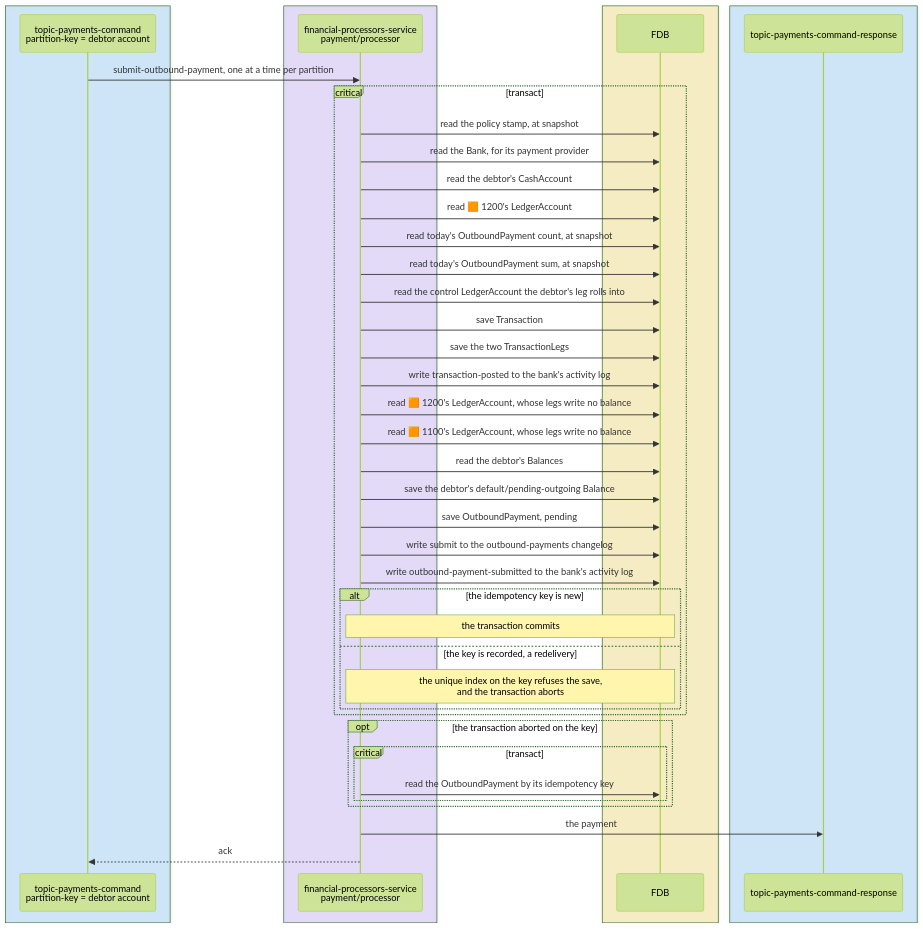
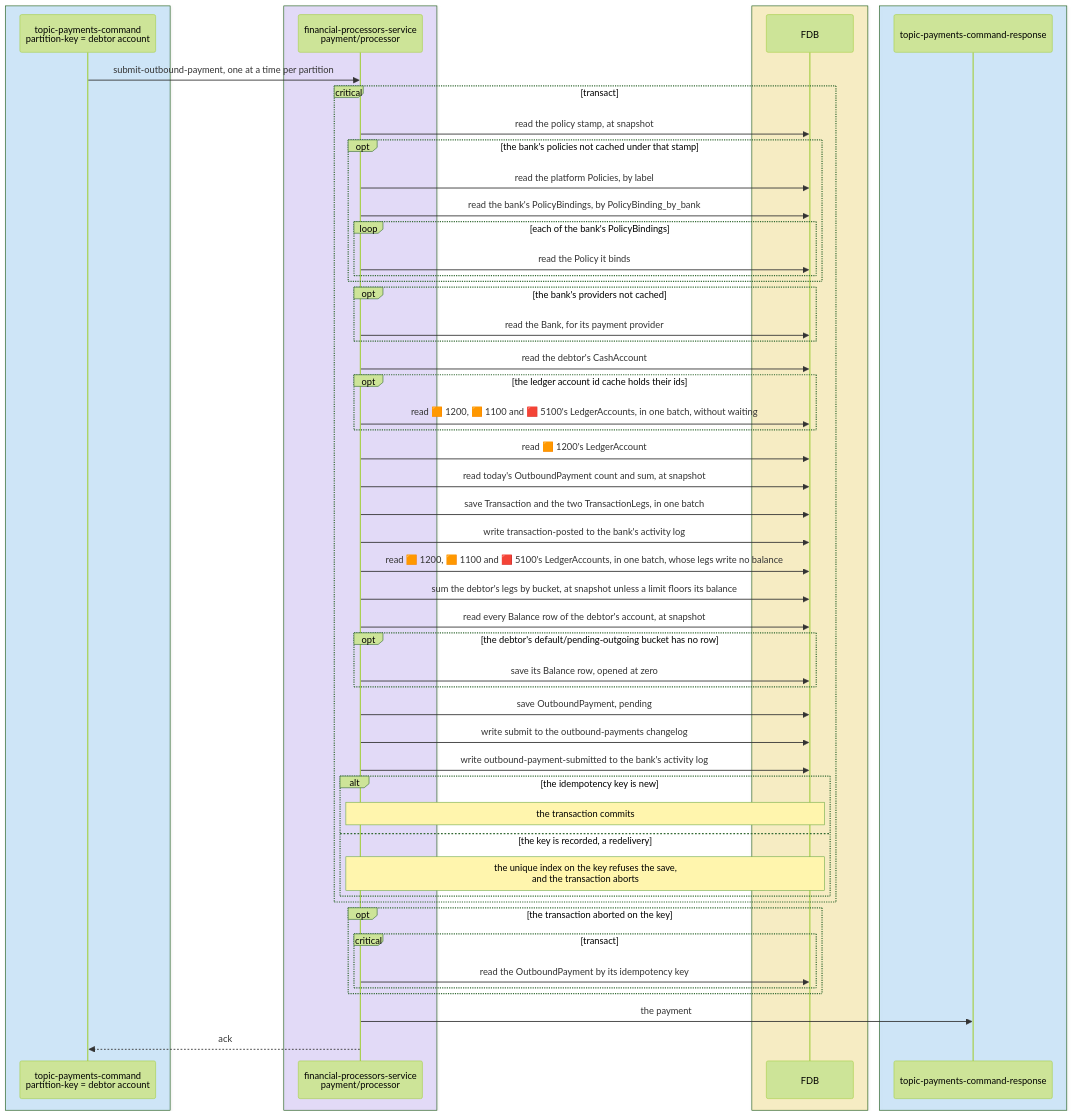
The third of 15 diagrams in docs/tdd/payments-outbound.md (repldriven/queenswood), drawn with Mermaid (forest theme) before and after one commit. The commit also changed other lines of this file and 29 other files, not shown here.

````diff
--- a/docs/tdd/payments-outbound.md
+++ b/docs/tdd/payments-outbound.md
@@ -154,47 +154,58 @@
 ```mermaid
 sequenceDiagram
     box rgba(165, 216, 255, 0.45)
     participant PC as topic-payments-command<br/>partition-key = debtor account
     end
     box rgba(208, 191, 255, 0.45)
     participant PP as financial-processors-service<br/>payment/processor
     end
     box rgba(255, 236, 153, 0.5)
     participant DB as FDB
     end
     box rgba(165, 216, 255, 0.45)
     participant PR as topic-payments-command-response
     end
     PC->>PP: submit-outbound-payment, one at a time per partition
     critical transact
     PP->>DB: read the policy stamp, at snapshot
+    opt the bank's policies not cached under that stamp
+    PP->>DB: read the platform Policies, by label
+    PP->>DB: read the bank's PolicyBindings, by PolicyBinding_by_bank
+    loop each of the bank's PolicyBindings
+    PP->>DB: read the Policy it binds
+    end
+    end
+    opt the bank's providers not cached
     PP->>DB: read the Bank, for its payment provider
+    end
     PP->>DB: read the debtor's CashAccount
+    opt the ledger account id cache holds their ids
+    PP->>DB: read 🟧 1200, 🟧 1100 and 🟥 5100's LedgerAccounts, in one batch, without waiting
+    end
     PP->>DB: read 🟧 1200's LedgerAccount
-    PP->>DB: read today's OutboundPayment count, at snapshot
-    PP->>DB: read today's OutboundPayment sum, at snapshot
-    PP->>DB: read the control LedgerAccount the debtor's leg rolls into
-    PP->>DB: save Transaction
-    PP->>DB: save the two TransactionLegs
+    PP->>DB: read today's OutboundPayment count and sum, at snapshot
+    PP->>DB: save Transaction and the two TransactionLegs, in one batch
     PP->>DB: write transaction-posted to the bank's activity log
-    PP->>DB: read 🟧 1200's LedgerAccount, whose legs write no balance
-    PP->>DB: read 🟧 1100's LedgerAccount, whose legs write no balance
-    PP->>DB: read the debtor's Balances
-    PP->>DB: save the debtor's default/pending-outgoing Balance
+    PP->>DB: read 🟧 1200, 🟧 1100 and 🟥 5100's LedgerAccounts, in one batch, whose legs write no balance
+    PP->>DB: sum the debtor's legs by bucket, at snapshot unless a limit floors its balance
+    PP->>DB: read every Balance row of the debtor's account, at snapshot
+    opt the debtor's default/pending-outgoing bucket has no row
+    PP->>DB: save its Balance row, opened at zero
+    end
     PP->>DB: save OutboundPayment, pending
     PP->>DB: write submit to the outbound-payments changelog
     PP->>DB: write outbound-payment-submitted to the bank's activity log
     alt the idempotency key is new
     Note over PP,DB: the transaction commits
     else the key is recorded, a redelivery
     Note over PP,DB: the unique index on the key refuses the save,<br/>and the transaction aborts
     end
     end
     opt the transaction aborted on the key
     critical transact
     PP->>DB: read the OutboundPayment by its idempotency key
     end
     end
     PP->>PR: the payment
     PP-->>PC: ack
 ```
````
